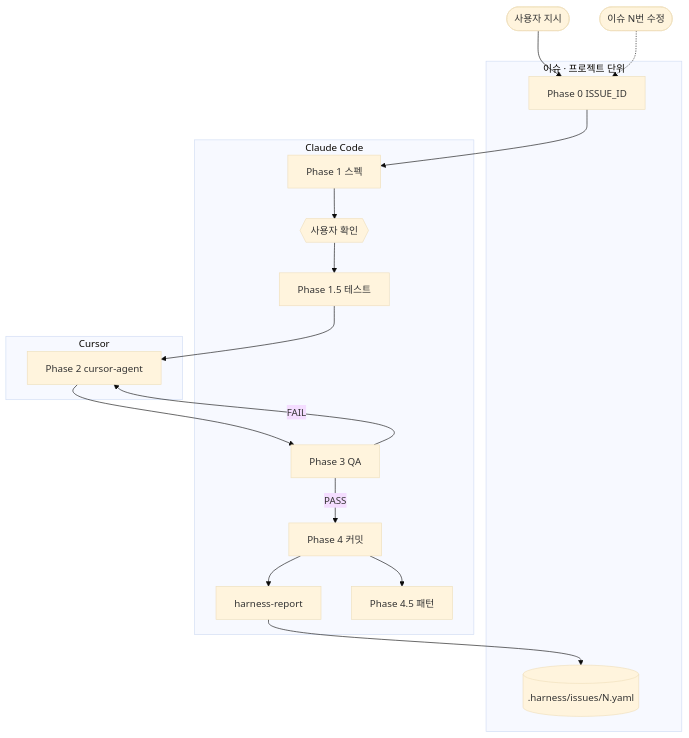
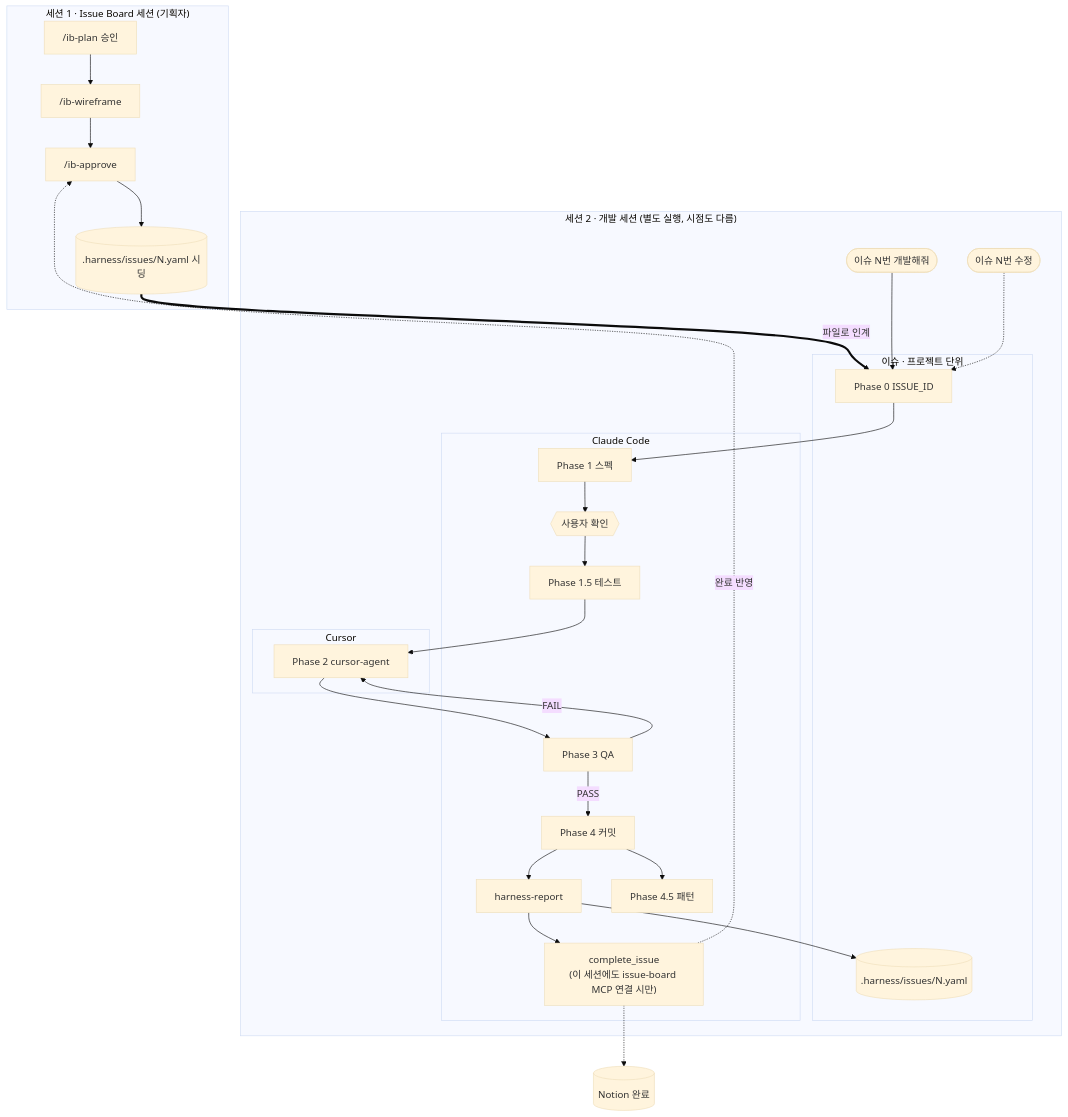
Before and after one commit to LEEHEEWON123/harness_build: the diagram in README.md, drawn with Mermaid (base theme). The commit also changed other lines of this file and 1 other file, not shown here.

Commit message:
docs: 파이프라인 다이어그램에 이슈보드/개발 세션 분리 반영
- README·docs/dev-pipeline.md의 dev 파이프라인 다이어그램을 Issue Board 세션
  (/ib-plan → /ib-wireframe → /ib-approve → .harness/issues/N.yaml 시딩)과
  개발 세션(Phase 0~5)으로 명확히 분리
- 두 세션은 서로 다른 Claude Code 실행이며, 연결 통로는 ①yaml 파일 인계(필수)
  ②complete_issue MCP 호출(선택, 개발 세션 쪽에도 issue-board MCP 연결 시만
  동작)뿐임을 명시
- docs/dev-pipeline.md 버전 표기 v0.6.1 → v0.9.0, 폐기된 "Harness Hub" 절을
  실제 Issue Board 아키텍처 기준으로 교체

Claude-Session: https://claude.ai/code/session_01F6TtxCYKroa4Qo2xSW7yWj

````diff
--- a/README.md
+++ b/README.md
@@ -42,25 +42,39 @@
 ```mermaid
 flowchart TB
-  START([사용자 지시]) --> P0
-  subgraph ISSUE["이슈 · 프로젝트 단위"]
-    P0[Phase 0 ISSUE_ID]
-    STORE[(.harness/issues/N.yaml)]
+  subgraph S1["세션 1 · Issue Board 세션 (기획자)"]
+    IBP["/ib-plan 승인"] --> IBW["/ib-wireframe"] --> IBA["/ib-approve"]
+    IBA --> SEED[(".harness/issues/N.yaml 시딩")]
   end
-  subgraph CLAUDE[Claude Code]
-    P1[Phase 1 스펙]
-    GATE{{사용자 확인}}
-    P15[Phase 1.5 테스트]
-    P3[Phase 3 QA]
-    P4[Phase 4 커밋]
-    REP[harness-report]
-    P45[Phase 4.5 패턴]
+
+  SEED ==파일로 인계==> P0
+
+  subgraph S2["세션 2 · 개발 세션 (별도 실행, 시점도 다름)"]
+    START(["이슈 N번 개발해줘"]) --> P0
+    subgraph ISSUE["이슈 · 프로젝트 단위"]
+      P0[Phase 0 ISSUE_ID]
+      STORE[(.harness/issues/N.yaml)]
+    end
+    subgraph CLAUDE[Claude Code]
+      P1[Phase 1 스펙]
+      GATE{{사용자 확인}}
+      P15[Phase 1.5 테스트]
+      P3[Phase 3 QA]
+      P4[Phase 4 커밋]
+      REP[harness-report]
+      DONE["complete_issue<br/>(이 세션에도 issue-board MCP 연결 시만)"]
+      P45[Phase 4.5 패턴]
+    end
+    subgraph CURSOR[Cursor]
+      P2[Phase 2 cursor-agent]
+    end
+    P0 --> P1 --> GATE --> P15 --> P2 --> P3
+    P3 -->|PASS| P4 --> REP --> STORE
+    P3 -->|FAIL| P2
+    REP --> DONE
+    P4 --> P45
+    AMEND([이슈 N번 수정]) -.-> P0
   end
-  subgraph CURSOR[Cursor]
-    P2[Phase 2 cursor-agent]
-  end
-  P0 --> P1 --> GATE --> P15 --> P2 --> P3
-  P3 -->|PASS| P4 --> REP --> STORE
-  P3 -->|FAIL| P2
-  P4 --> P45
-  AMEND([이슈 N번 수정]) -.-> P0
+
+  DONE -.완료 반영.-> IBA
+  DONE -.-> NOTION[("Notion 완료")]
 ```
````
